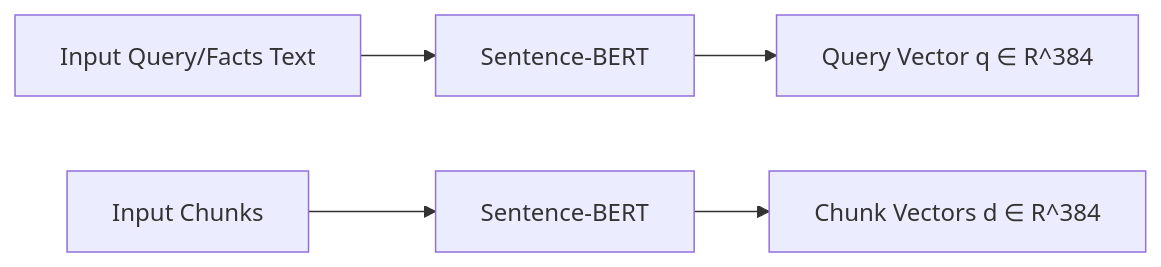
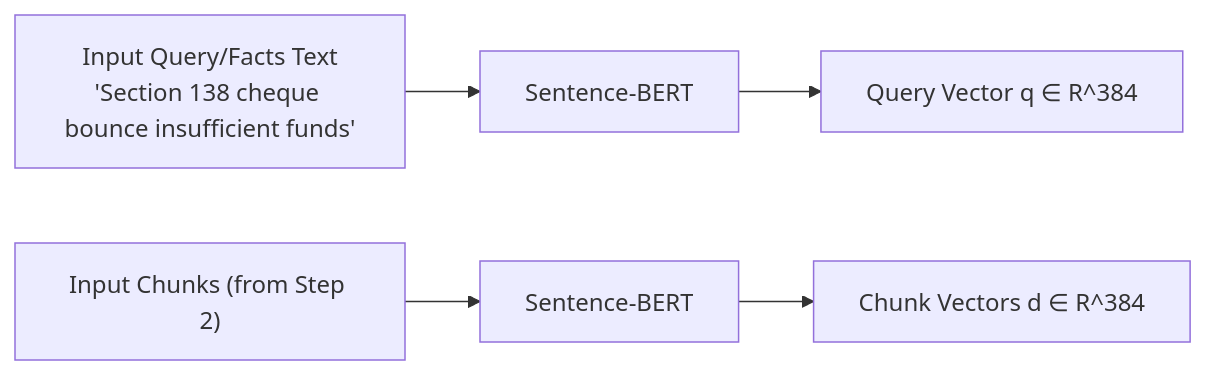
The third of 8 diagrams in docs/implementation.md (delisha02/droitdraft), drawn with Mermaid before and after one commit. The commit also changed other lines of this file, not shown here.

Commit message:
Make algorithm walkthrough query-specific with concrete step outputs

````diff
--- a/docs/implementation.md
+++ b/docs/implementation.md
@@ -78,7 +80,8 @@
 ```mermaid
 flowchart LR
-    QF["Input Query/Facts Text"] --> EMBQ["Sentence-BERT"]
-    CK["Input Chunks"] --> EMBD["Sentence-BERT"]
+    QF["Input Query/Facts Text
+'Section 138 cheque bounce insufficient funds'"] --> EMBQ["Sentence-BERT"]
+    C["Input Chunks (from Step 2)"] --> EMBD["Sentence-BERT"]
     EMBQ --> VQ["Query Vector q ∈ R^384"]
     EMBD --> VD["Chunk Vectors d ∈ R^384"]
 ```
````
